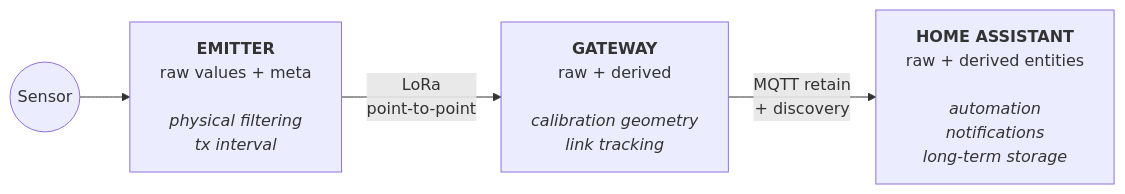
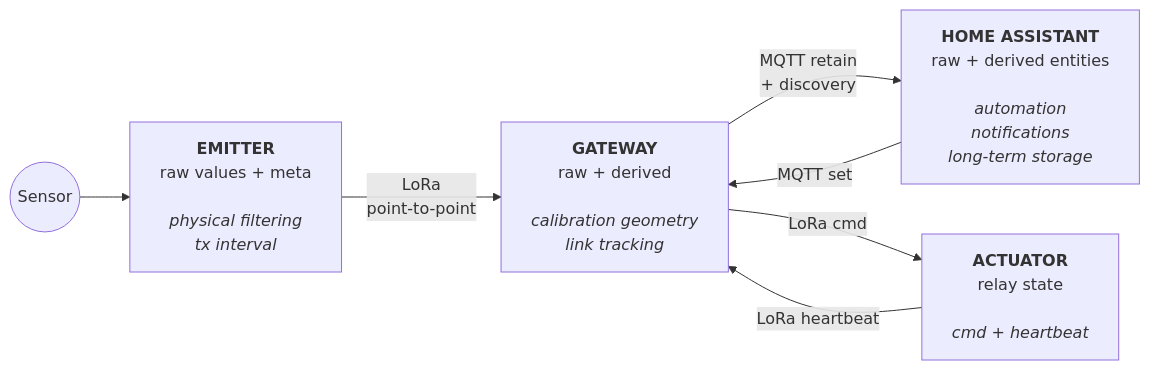
The first of 7 diagrams in README.md (gre/jardin-sensors), drawn with Mermaid before and after one commit. The commit also changed other lines of this file and 8 other files, not shown here.

First line of the commit message:
DX-LR30 actuator, RadioLib migration, gateway relay sync, cleanup

````diff
--- a/README.md
+++ b/README.md
@@ -36,10 +37,14 @@
 ```mermaid
 flowchart LR
     Sensor((Sensor))
     Emitter["<b>EMITTER</b><br/>raw values + meta<br/><br/><i>physical filtering<br/>tx interval</i>"]
     Gateway["<b>GATEWAY</b><br/>raw + derived<br/><br/><i>calibration geometry<br/>link tracking</i>"]
+    Actuator["<b>ACTUATOR</b><br/>relay state<br/><br/><i>cmd + heartbeat</i>"]
     HA["<b>HOME ASSISTANT</b><br/>raw + derived entities<br/><br/><i>automation<br/>notifications<br/>long-term storage</i>"]
     Sensor --> Emitter
     Emitter -->|"LoRa<br/>point-to-point"| Gateway
     Gateway -->|"MQTT retain<br/>+ discovery"| HA
+    HA -->|"MQTT set"| Gateway
+    Gateway -->|"LoRa cmd"| Actuator
+    Actuator -->|"LoRa heartbeat"| Gateway
 ```
````
